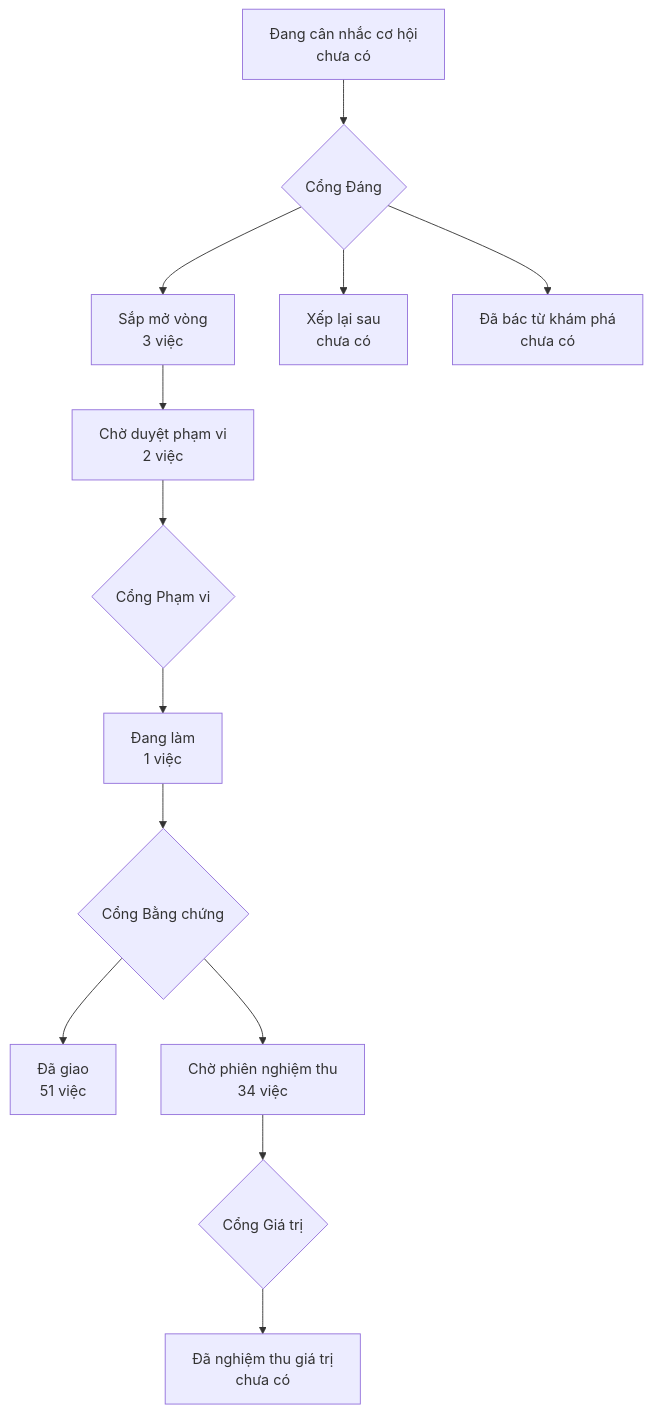
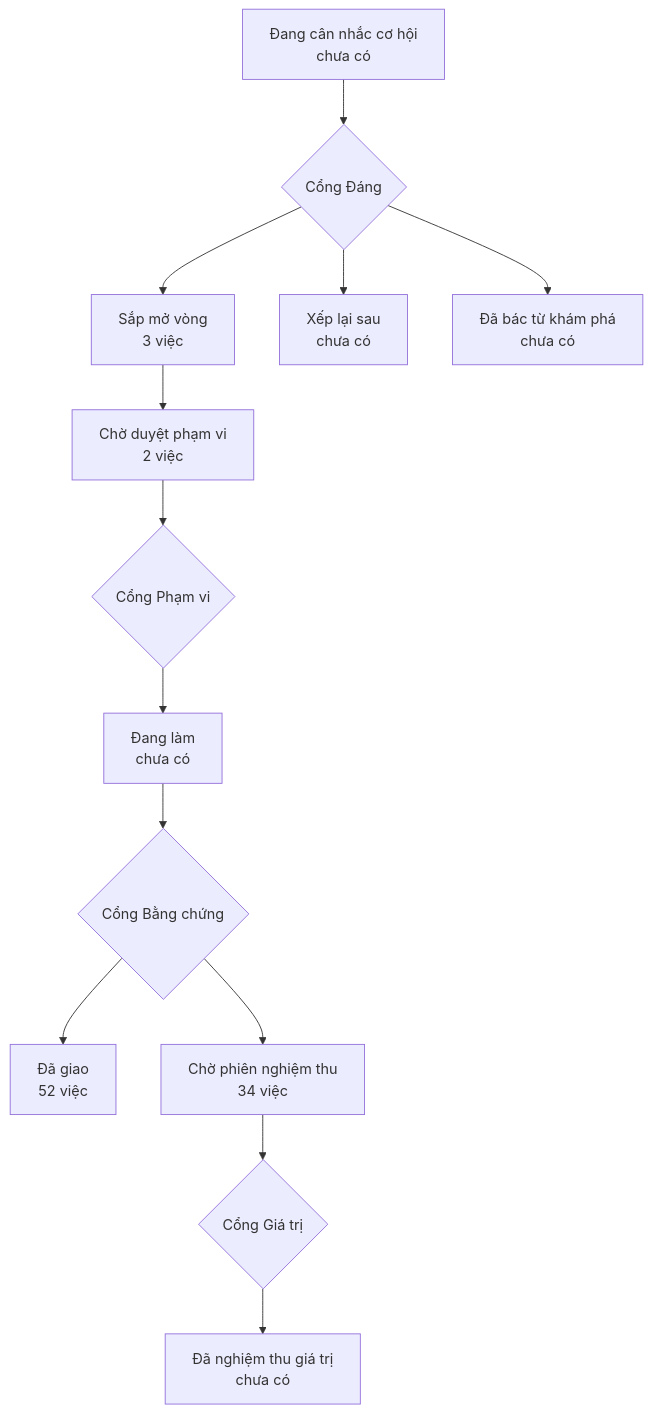
The diagram in PRODUCT-MAP.md (phanlemanh/onehub-invest), drawn with Mermaid before and after one commit. The commit also changed other lines of this file and 4 other files, not shown here.

````diff
--- a/PRODUCT-MAP.md
+++ b/PRODUCT-MAP.md
@@ -7,12 +7,12 @@
 ```mermaid
 flowchart TD
   A["Đang cân nhắc cơ hội<br/>chưa có"] --> GD{"Cổng Đáng"}
   GD --> B["Sắp mở vòng<br/>3 việc"]
   GD --> XL["Xếp lại sau<br/>chưa có"]
   GD --> DB["Đã bác từ khám phá<br/>chưa có"]
   B --> CD["Chờ duyệt phạm vi<br/>2 việc"] --> GP{"Cổng Phạm vi"}
-  GP --> DL["Đang làm<br/>1 việc"] --> GB{"Cổng Bằng chứng"}
-  GB --> DG["Đã giao<br/>51 việc"]
+  GP --> DL["Đang làm<br/>chưa có"] --> GB{"Cổng Bằng chứng"}
+  GB --> DG["Đã giao<br/>52 việc"]
   GB --> CN["Chờ phiên nghiệm thu<br/>34 việc"] --> GG{"Cổng Giá trị"}
   GG --> NT["Đã nghiệm thu giá trị<br/>chưa có"]
 ```
````
